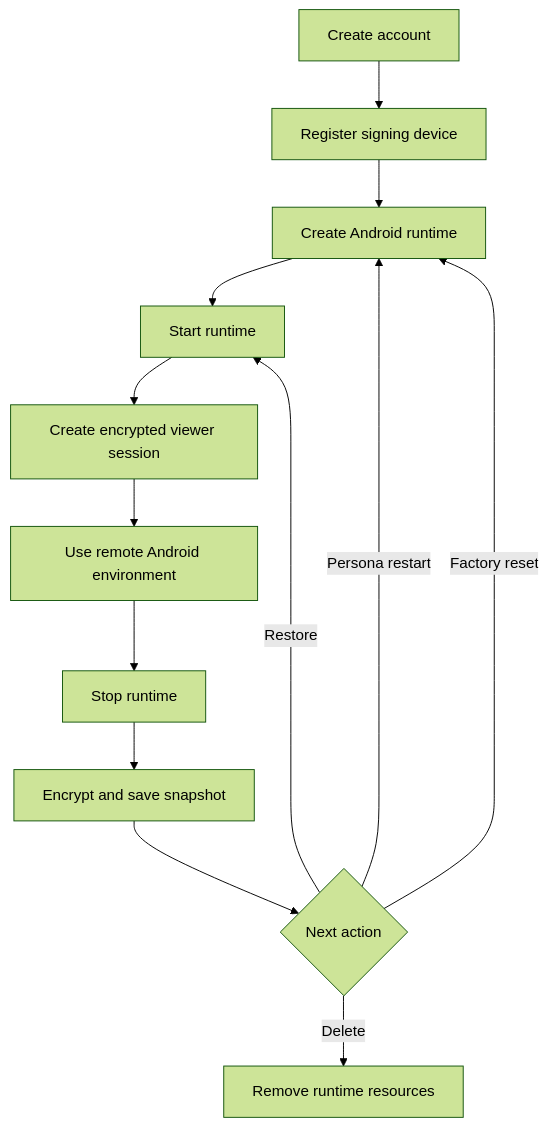
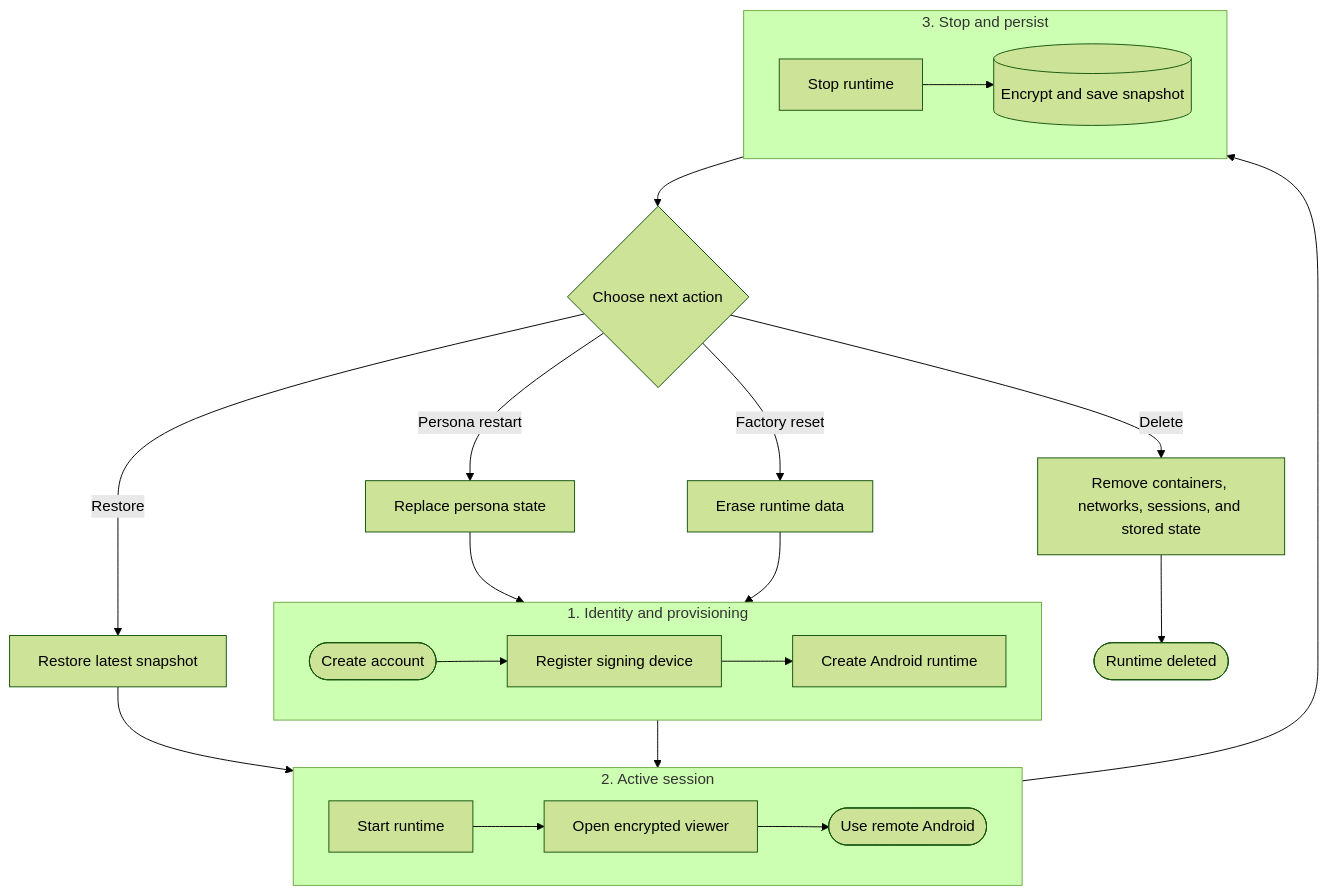
Before and after one commit to mattyperrott/Virtroid: the first of 2 diagrams in README.md, drawn with Mermaid (forest theme).

````diff
--- a/README.md
+++ b/README.md
@@ -71,15 +71,35 @@
 ```mermaid
 flowchart TD
-    A[Create account] --> B[Register signing device]
-    B --> C[Create Android runtime]
-    C --> D[Start runtime]
-    D --> E[Create encrypted viewer session]
-    E --> F[Use remote Android environment]
-    F --> G[Stop runtime]
-    G --> H[Encrypt and save snapshot]
-    H --> I{Next action}
-    I -->|Restore| D
-    I -->|Persona restart| C
-    I -->|Factory reset| C
-    I -->|Delete| J[Remove runtime resources]
+    subgraph Bootstrap["1. Identity and provisioning"]
+        direction LR
+        A(["Create account"]) --> B["Register signing device"]
+        B --> C["Create Android runtime"]
+    end
+
+    subgraph Session["2. Active session"]
+        direction LR
+        D["Start runtime"] --> E["Open encrypted viewer"]
+        E --> F(["Use remote Android"])
+    end
+
+    subgraph Persistence["3. Stop and persist"]
+        direction LR
+        G["Stop runtime"] --> H[("Encrypt and save snapshot")]
+    end
+
+    C --> D
+    F --> G
+    H --> I{"Choose next action"}
+
+    I -->|Restore| R["Restore latest snapshot"]
+    R --> D
+
+    I -->|Persona restart| P["Replace persona state"]
+    P --> C
+
+    I -->|Factory reset| X["Erase runtime data"]
+    X --> C
+
+    I -->|Delete| J["Remove containers, networks, sessions, and stored state"]
+    J --> K(["Runtime deleted"])
 ```
````
